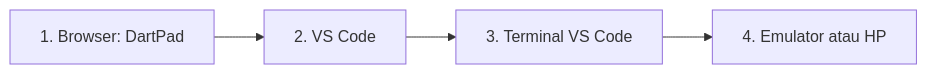
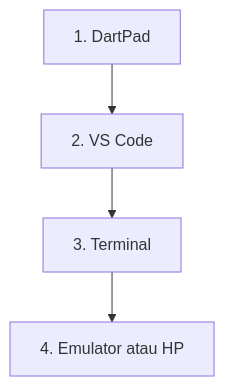
The first of 4 diagrams in modul-00-persiapan/README.md (antonprafanto/mobile2026), drawn with Mermaid before and after one commit. The commit also changed other lines of this file and 3 other files, not shown here.

Commit message:
Crop Modul 00 analogies so GitHub no longer shows tall white diagrams.

````diff
--- a/modul-00-persiapan/README.md
+++ b/modul-00-persiapan/README.md
@@ -21,6 +21,6 @@
 ```mermaid
-flowchart LR
-  A["1. Browser: DartPad"] --> B["2. VS Code"]
-  B --> C["3. Terminal VS Code"]
+flowchart TB
+  A["1. DartPad"] --> B["2. VS Code"]
+  B --> C["3. Terminal"]
   C --> D["4. Emulator atau HP"]
 ```
````
